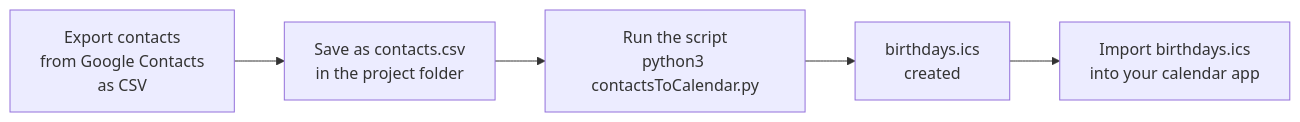
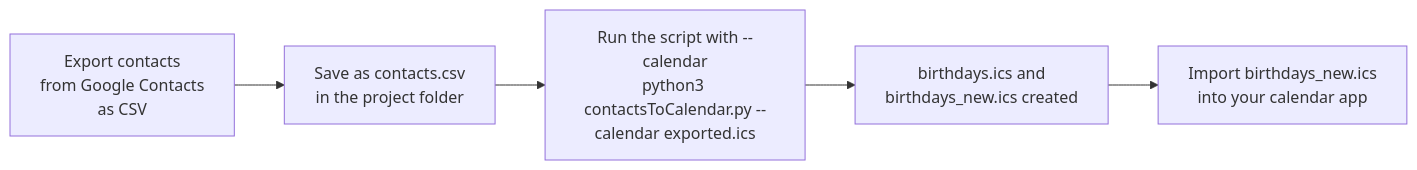
One commit to hectorzeta/Contact2BirthdayCalendar changed the diagram in README.md. Above: the diagram before and after it, drawn with Mermaid. The commit also changed other lines of this file and 8 other files, not shown here.

First line of the commit message:
Add --calendar option to skip birthdays already in a calendar export

````diff
--- a/README.md
+++ b/README.md
@@ -17,7 +17,7 @@
 ```mermaid
 flowchart LR
     A["Export contacts<br/>from Google Contacts<br/>as CSV"] --> B["Save as contacts.csv<br/>in the project folder"]
-    B --> C["Run the script<br/>python3 contactsToCalendar.py"]
-    C --> D["birthdays.ics<br/>created"]
-    D --> E["Import birthdays.ics<br/>into your calendar app"]
+    B --> C["Run the script with --calendar<br/>python3 contactsToCalendar.py --calendar exported.ics"]
+    C --> D["birthdays.ics and<br/>birthdays_new.ics created"]
+    D --> E["Import birthdays_new.ics<br/>into your calendar app"]
 ```
````
